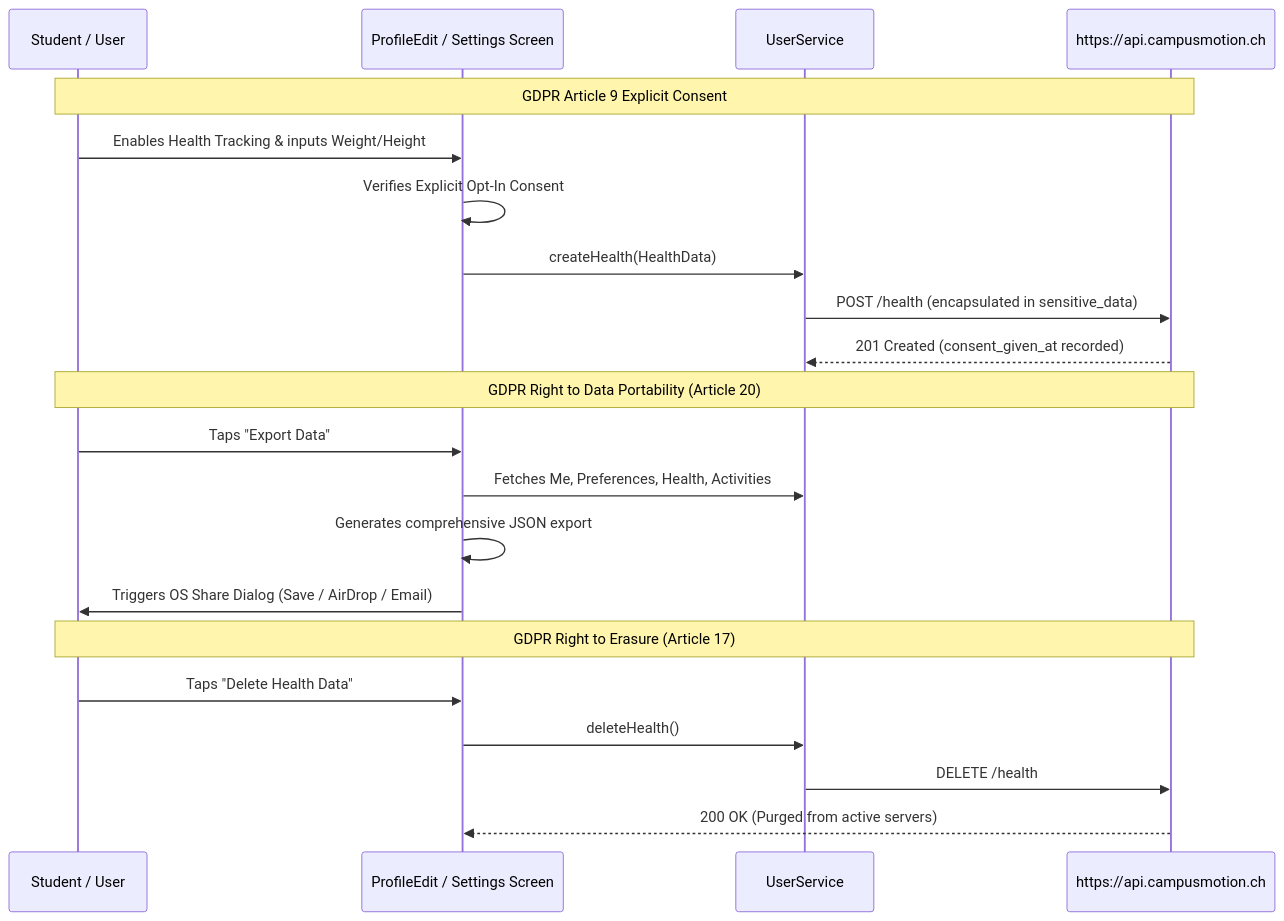
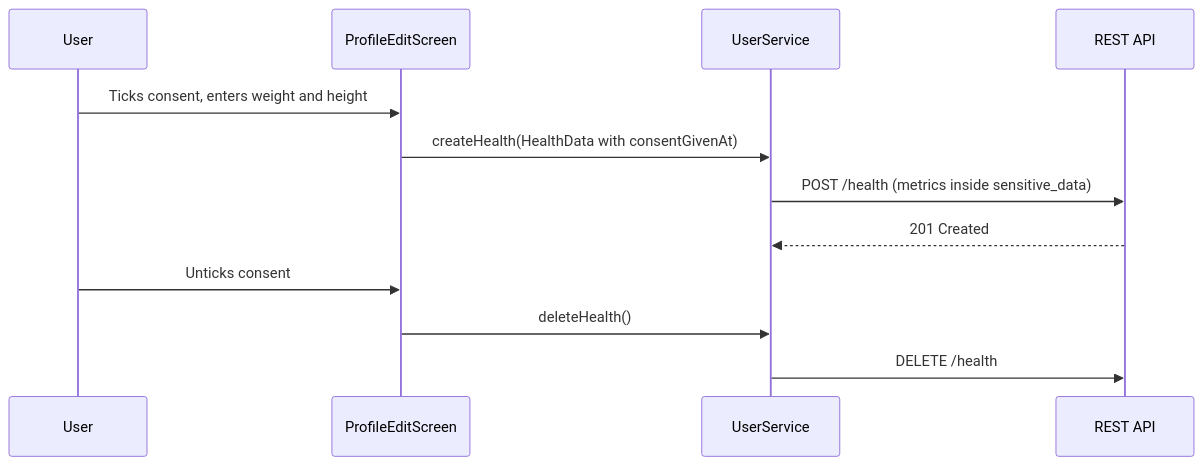
The second of 2 diagrams in docs/ARCHITECTURE.md (Campus-Motion/mobile-app-flutter), drawn with Mermaid before and after one commit. The commit also changed other lines of this file and 45 other files, not shown here.

````diff
--- a/docs/ARCHITECTURE.md
+++ b/docs/ARCHITECTURE.md
@@ -110,26 +148,14 @@
 ```mermaid
 sequenceDiagram
-    participant User as Student / User
-    participant Screen as ProfileEdit / Settings Screen
-    participant Service as UserService
-    participant Backend as https://api.campusmotion.ch
-
-    Note over User,Backend: GDPR Article 9 Explicit Consent
-    User->>Screen: Enables Health Tracking & inputs Weight/Height
-    Screen->>Screen: Verifies Explicit Opt-In Consent
-    Screen->>Service: createHealth(HealthData)
-    Service->>Backend: POST /health (encapsulated in sensitive_data)
-    Backend-->>Service: 201 Created (consent_given_at recorded)
-
-    Note over User,Backend: GDPR Right to Data Portability (Article 20)
-    User->>Screen: Taps "Export Data"
-    Screen->>Service: Fetches Me, Preferences, Health, Activities
-    Screen->>Screen: Generates comprehensive JSON export
-    Screen->>User: Triggers OS Share Dialog (Save / AirDrop / Email)
-
-    Note over User,Backend: GDPR Right to Erasure (Article 17)
-    User->>Screen: Taps "Delete Health Data"
-    Screen->>Service: deleteHealth()
-    Service->>Backend: DELETE /health
-    Backend-->>Screen: 200 OK (Purged from active servers)
+  participant U as User
+  participant S as ProfileEditScreen
+  participant Svc as UserService
+  participant B as REST API
+  U->>S: Ticks consent, enters weight and height
+  S->>Svc: createHealth(HealthData with consentGivenAt)
+  Svc->>B: POST /health (metrics inside sensitive_data)
+  B-->>Svc: 201 Created
+  U->>S: Unticks consent
+  S->>Svc: deleteHealth()
+  Svc->>B: DELETE /health
 ```
````
